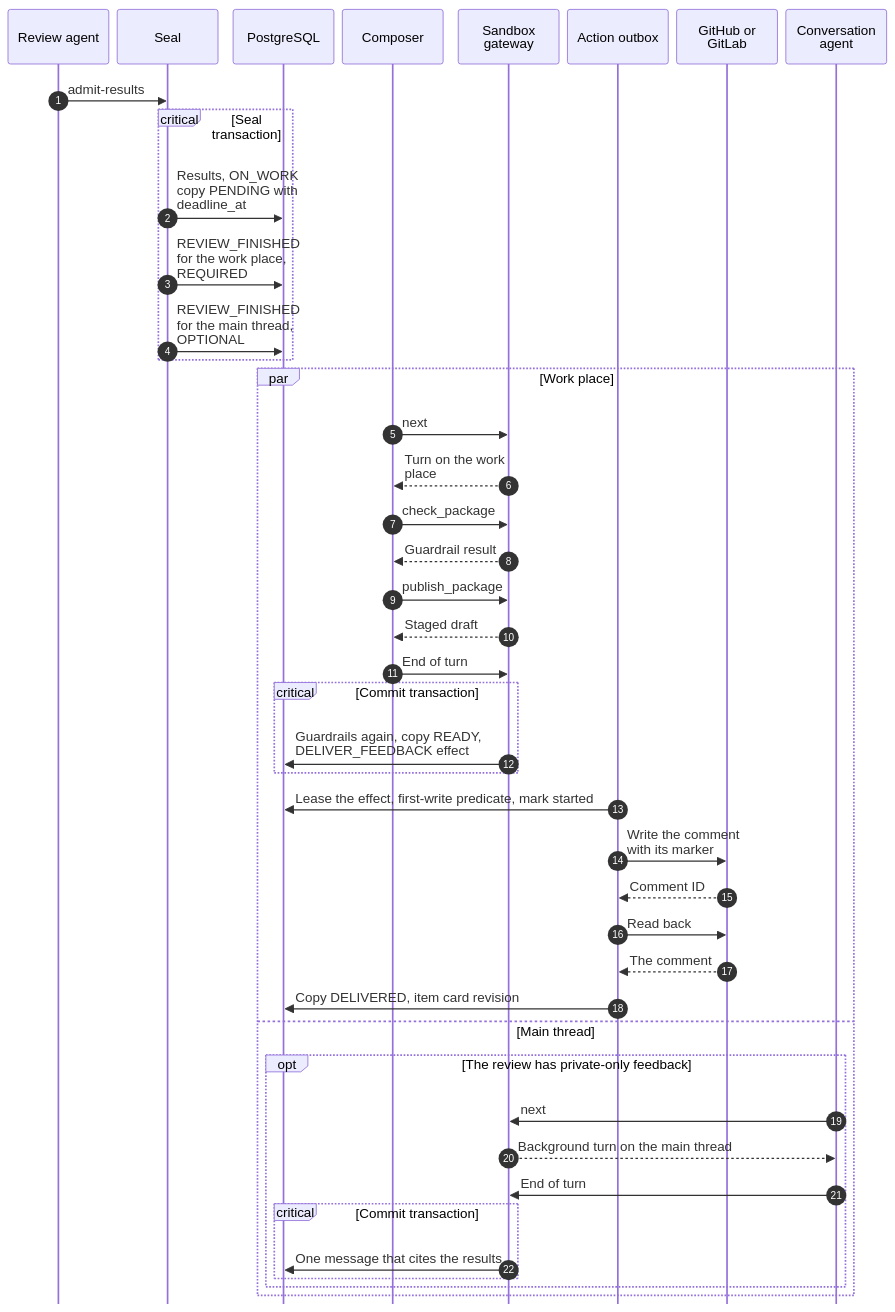
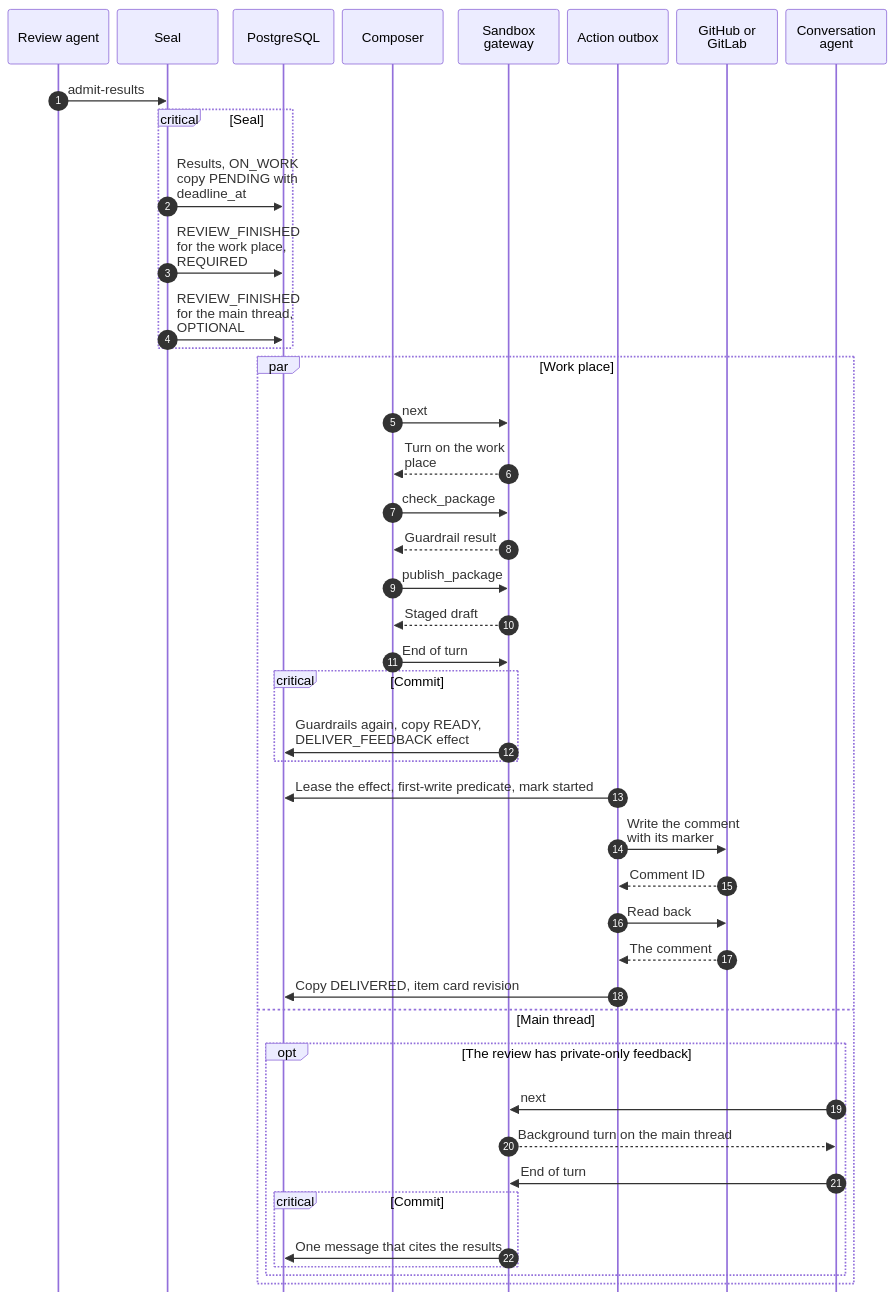
The seventh of 9 diagrams in docs/contributor/conversation-core.mdx (hephaestus-build/Hephaestus), drawn with Mermaid before and after one commit. The commit also changed other lines of this file, not shown here.

````diff
--- a/docs/contributor/conversation-core.mdx
+++ b/docs/contributor/conversation-core.mdx
@@ -491,56 +498,56 @@
 ```mermaid
 ---
 config:
   sequence:
     actorMargin: 10
     width: 120
     wrap: true
     messageAlign: left
     mirrorActors: false
 ---
 sequenceDiagram
     accTitle: A review seals and the composer publishes
     accDescr: The review agent sends its results to the seal. In one transaction the seal writes the results, a PENDING copy with its deadline, and one REVIEW_FINISHED item for the work place and one for the main thread. The composer leases a turn on the work place, checks and stages its package through the guardrails, and commits. The action outbox writes the comment with its marker and reads it back. If the review has private-only feedback, the conversation agent writes one message to the developer.
     autonumber
     participant R as Review agent
     participant S as Seal
     participant DB as PostgreSQL
     participant C as Composer
     participant G as Sandbox gateway
     participant O as Action outbox
     participant W as GitHub or GitLab
     participant M as Conversation agent
     R->>S: admit-results
-    critical Seal transaction
+    critical Seal
         S->>DB: Results, ON_WORK copy PENDING with deadline_at
         S->>DB: REVIEW_FINISHED for the work place, REQUIRED
         S->>DB: REVIEW_FINISHED for the main thread, OPTIONAL
     end
     par Work place
         C->>G: next
         G-->>C: Turn on the work place
         C->>G: check_package
         G-->>C: Guardrail result
         C->>G: publish_package
         G-->>C: Staged draft
         C->>G: End of turn
-        critical Commit transaction
+        critical Commit
             G->>DB: Guardrails again, copy READY, DELIVER_FEEDBACK effect
         end
         O->>DB: Lease the effect, first-write predicate, mark started
         O->>W: Write the comment with its marker
         W-->>O: Comment ID
         O->>W: Read back
         W-->>O: The comment
         O->>DB: Copy DELIVERED, item card revision
     and Main thread
         opt The review has private-only feedback
             M->>G: next
             G-->>M: Background turn on the main thread
             M->>G: End of turn
-            critical Commit transaction
+            critical Commit
                 G->>DB: One message that cites the results
             end
         end
     end
 ```
````
